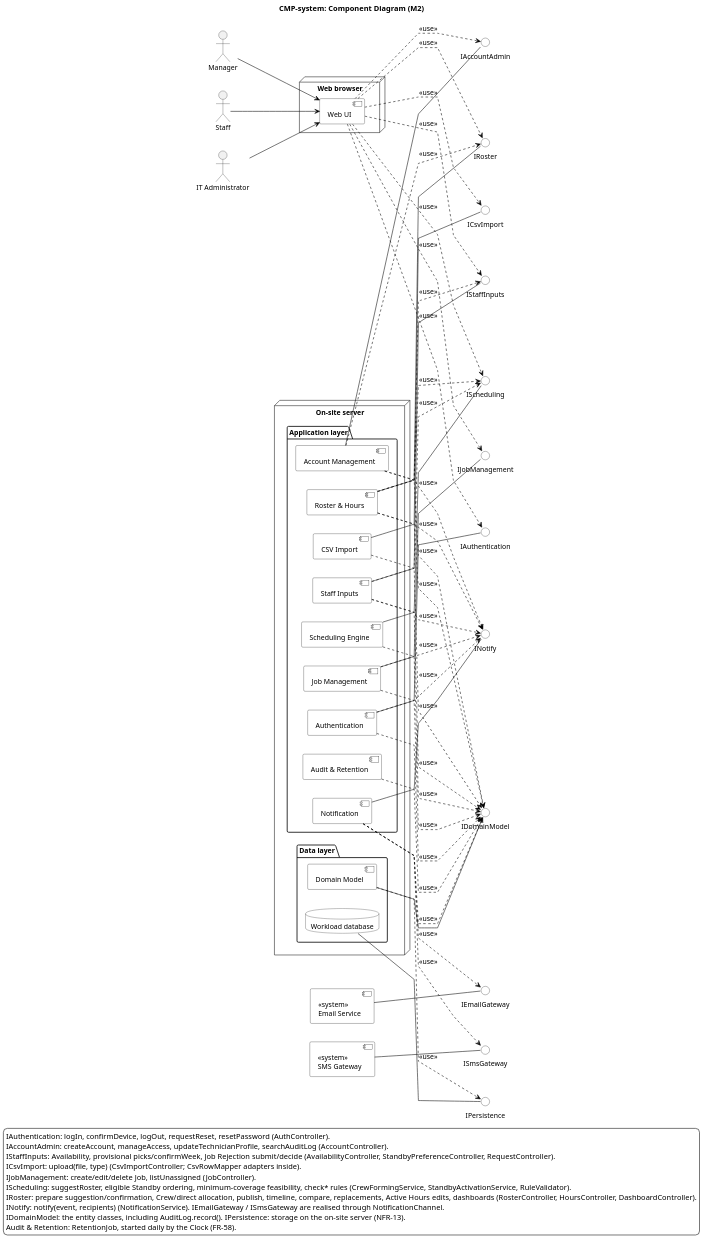
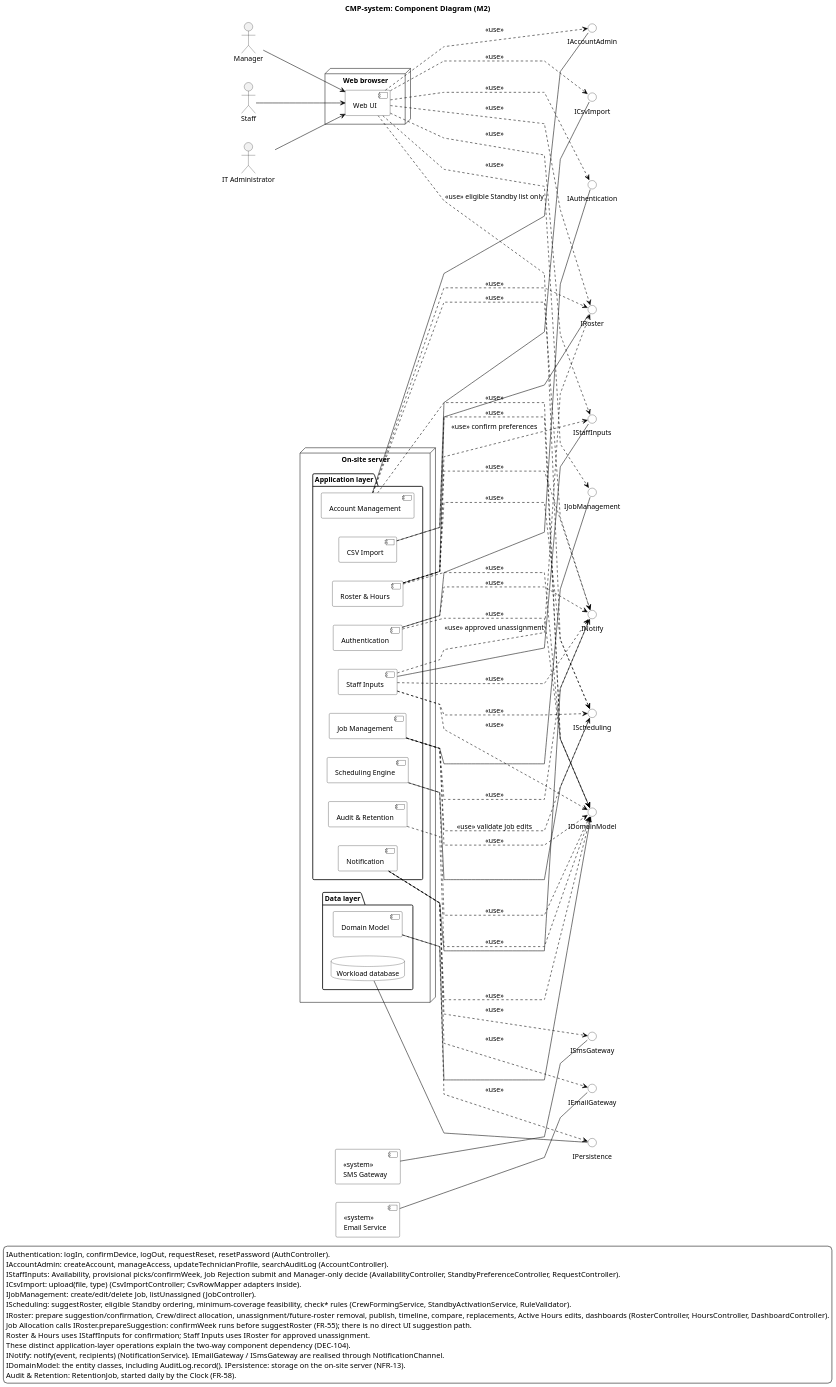
Before and after one commit to ZadeNova/inf2001-SE: the diagram in diagrams/CMP-system.puml, drawn with PlantUML. The commit also changed 19 other files, not shown here.

```diff
--- a/diagrams/CMP-system.puml
+++ b/diagrams/CMP-system.puml
@@ -1,129 +1,134 @@
 @startuml CMP-system
 skinparam backgroundColor white
 skinparam shadowing false
 skinparam defaultFontName Arial
 skinparam defaultFontSize 13
 skinparam dpi 150
 skinparam componentStyle uml2
 skinparam ArrowColor black
 skinparam componentBackgroundColor white
 skinparam componentBorderColor black
 skinparam interfaceBackgroundColor white
 skinparam interfaceBorderColor black
 skinparam packageBackgroundColor white
 skinparam nodeBackgroundColor white
 skinparam databaseBackgroundColor white
 skinparam linetype polyline
 title CMP-system: Component Diagram (M2)
-' Traces: SRS v4.1; CD-final packages map 1:1 to the components below (DEC-93).
+' Traces: SRS v4.1.1; CD-final packages map 1:1 to the components below (DEC-93/104).
 ' Provided interface: component -- ()interface. Required interface: component ..> interface <<use>>.
 ' Sources: M2-Brief §6.5; DEC-74; DEC-80; DEC-81; DEC-88; DEC-89; NFR-13; DEC-96 to DEC-98.
 left to right direction
 
 actor Manager
 actor Staff
 actor "IT Administrator" as ITA
 
 node "Web browser" {
  component "Web UI" as WebUI
 }
 
 node "On-site server" {
  package "Application layer" {
   component "Authentication" as Auth
   component "Account Management" as AccMgmt
   component "Staff Inputs" as Inputs
   component "CSV Import" as Csv
   component "Job Management" as Jobs
   component "Scheduling Engine" as Sched
   component "Roster & Hours" as Roster
   component "Notification" as Notif
   component "Audit & Retention" as Audit
  }
  package "Data layer" {
   component "Domain Model" as Domain
   database "Workload database" as DB
  }
 }
 
 component "<<system>>\nEmail Service" as EmailSvc
 component "<<system>>\nSMS Gateway" as SmsSvc
 
 ' ---------- provided interfaces ----------
 () "IAuthentication" as IAuth
 () "IAccountAdmin" as IAcc
 () "IStaffInputs" as IInputs
 () "ICsvImport" as ICsv
 () "IJobManagement" as IJobs
 () "IScheduling" as ISched
 () "IRoster" as IRoster
 () "INotify" as INotify
 () "IDomainModel" as IDomain
 () "IPersistence" as IPersist
 () "IEmailGateway" as IEmail
 () "ISmsGateway" as ISms
 
 Auth -- IAuth
 AccMgmt -- IAcc
 Inputs -- IInputs
 Csv -- ICsv
 Jobs -- IJobs
 Sched -- ISched
 Roster -- IRoster
 Notif -- INotify
 Domain -- IDomain
 DB -- IPersist
 EmailSvc -- IEmail
 SmsSvc -- ISms
 
 ' ---------- users ----------
 Manager --> WebUI
 Staff --> WebUI
 ITA --> WebUI
 
 ' ---------- required interfaces ----------
 WebUI ..> IAuth : <<use>>
 WebUI ..> IAcc : <<use>>
 WebUI ..> IInputs : <<use>>
 WebUI ..> ICsv : <<use>>
 WebUI ..> IJobs : <<use>>
 WebUI ..> IRoster : <<use>>
-WebUI ..> ISched : <<use>>
+WebUI ..> ISched : <<use>> eligible Standby list only
 
 Roster ..> ISched : <<use>>
-Roster ..> IInputs : <<use>>
+Roster ..> IInputs : <<use>> confirm preferences
 Roster ..> INotify : <<use>>
 Jobs ..> INotify : <<use>>
+Jobs ..> ISched : <<use>> validate Job edits
 Inputs ..> INotify : <<use>>
 Inputs ..> ISched : <<use>>
+Inputs ..> IRoster : <<use>> approved unassignment
 AccMgmt ..> INotify : <<use>>
 AccMgmt ..> IRoster : <<use>>
 Auth ..> INotify : <<use>>
 
 Auth ..> IDomain : <<use>>
 AccMgmt ..> IDomain : <<use>>
 Inputs ..> IDomain : <<use>>
 Csv ..> IDomain : <<use>>
 Jobs ..> IDomain : <<use>>
 Sched ..> IDomain : <<use>>
 Roster ..> IDomain : <<use>>
 Notif ..> IDomain : <<use>>
 Audit ..> IDomain : <<use>>
 Domain ..> IPersist : <<use>>
 
 Notif ..> IEmail : <<use>>
 Notif ..> ISms : <<use>>
 
 legend bottom
 IAuthentication: logIn, confirmDevice, logOut, requestReset, resetPassword (AuthController).
 IAccountAdmin: createAccount, manageAccess, updateTechnicianProfile, searchAuditLog (AccountController).
-IStaffInputs: Availability, provisional picks/confirmWeek, Job Rejection submit/decide (AvailabilityController, StandbyPreferenceController, RequestController).
+IStaffInputs: Availability, provisional picks/confirmWeek, Job Rejection submit and Manager-only decide (AvailabilityController, StandbyPreferenceController, RequestController).
 ICsvImport: upload(file, type) (CsvImportController; CsvRowMapper adapters inside).
 IJobManagement: create/edit/delete Job, listUnassigned (JobController).
 IScheduling: suggestRoster, eligible Standby ordering, minimum-coverage feasibility, check* rules (CrewFormingService, StandbyActivationService, RuleValidator).
-IRoster: prepare suggestion/confirmation, Crew/direct allocation, publish, timeline, compare, replacements, Active Hours edits, dashboards (RosterController, HoursController, DashboardController).
+IRoster: prepare suggestion/confirmation, Crew/direct allocation, unassignment/future-roster removal, publish, timeline, compare, replacements, Active Hours edits, dashboards (RosterController, HoursController, DashboardController).
+Job Allocation calls IRoster.prepareSuggestion: confirmWeek runs before suggestRoster (FR-55); there is no direct UI suggestion path.
+Roster & Hours uses IStaffInputs for confirmation; Staff Inputs uses IRoster for approved unassignment.
+These distinct application-layer operations explain the two-way component dependency (DEC-104).
 INotify: notify(event, recipients) (NotificationService). IEmailGateway / ISmsGateway are realised through NotificationChannel.
 IDomainModel: the entity classes, including AuditLog.record(). IPersistence: storage on the on-site server (NFR-13).
 Audit & Retention: RetentionJob, started daily by the Clock (FR-58).
 endlegend
 @enduml
```
